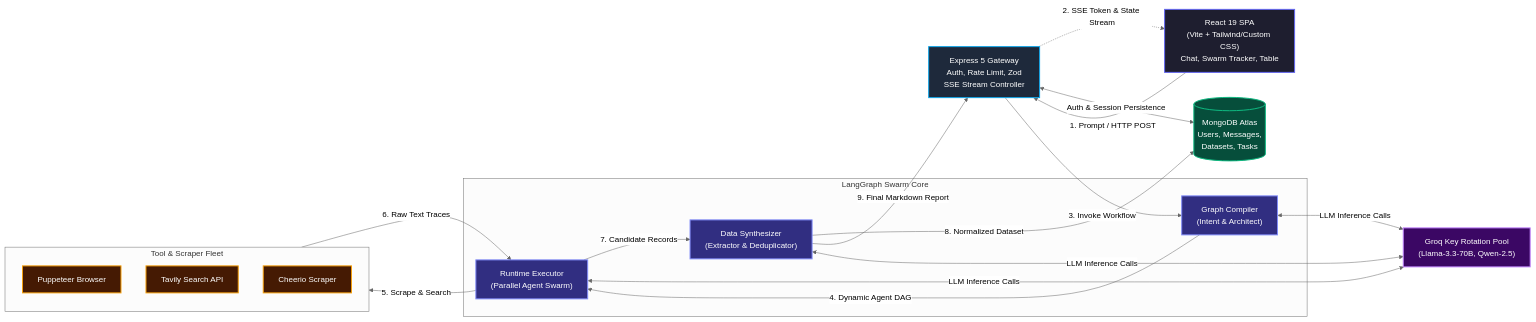
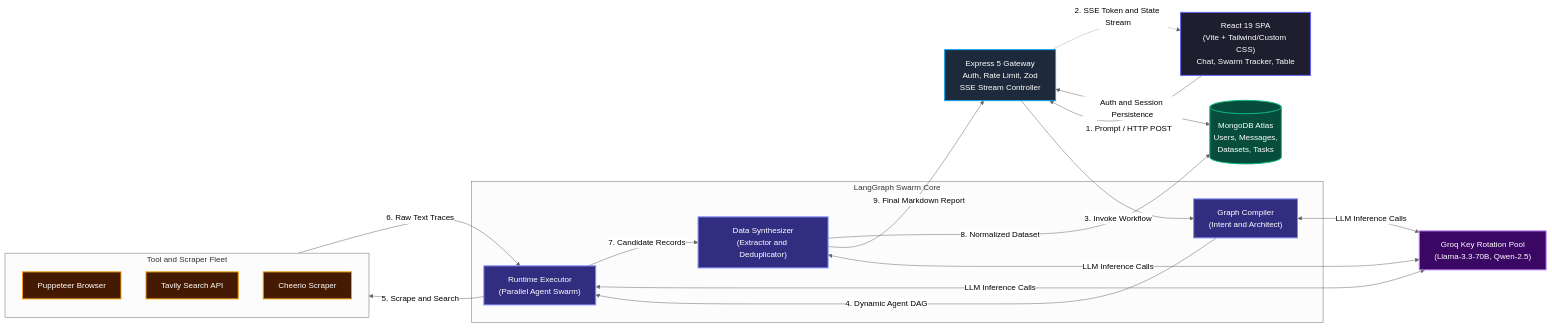
Before and after one commit to code-with-abhi-i5/Agentic_system_frontend: the sixth of 6 diagrams in SYSTEM_ARCHITECTURE.md, drawn with Mermaid (neutral theme). The commit also changed other lines of this file and 2 other files, not shown here.

Commit message:
fix(docs): resolve Mermaid syntax parse errors for GitHub markdown rendering

````diff
--- a/SYSTEM_ARCHITECTURE.md
+++ b/SYSTEM_ARCHITECTURE.md
@@ -815,41 +815,41 @@
 ```mermaid
 graph LR
     %% High-level end to end map
     classDef client fill:#1e1e2f,stroke:#6366f1,stroke-width:2px,color:#fff;
     classDef gateway fill:#1e293b,stroke:#0ea5e9,stroke-width:2px,color:#fff;
     classDef langgraph fill:#312e81,stroke:#818cf8,stroke-width:2px,color:#fff;
     classDef tool fill:#451a03,stroke:#f59e0b,stroke-width:2px,color:#fff;
     classDef groq fill:#3b0764,stroke:#c084fc,stroke-width:2px,color:#fff;
     classDef db fill:#064e3b,stroke:#10b981,stroke-width:2px,color:#fff;
 
-    Client["React 19 SPA\n(Vite + Tailwind/Custom CSS)\nChat, Swarm Tracker, Table"]:::client
-    Gateway["Express 5 Gateway\nAuth, Rate Limit, Zod\nSSE Stream Controller"]:::gateway
+    Client["React 19 SPA<br/>(Vite + Tailwind/Custom CSS)<br/>Chat, Swarm Tracker, Table"]:::client
+    Gateway["Express 5 Gateway<br/>Auth, Rate Limit, Zod<br/>SSE Stream Controller"]:::gateway
     
     subgraph Swarm_Brain ["LangGraph Swarm Core"]
-        Compiler["Graph Compiler\n(Intent & Architect)"]:::langgraph
-        Runtime["Runtime Executor\n(Parallel Agent Swarm)"]:::langgraph
-        Synthesizer["Data Synthesizer\n(Extractor & Deduplicator)"]:::langgraph
+        Compiler["Graph Compiler<br/>(Intent and Architect)"]:::langgraph
+        Runtime["Runtime Executor<br/>(Parallel Agent Swarm)"]:::langgraph
+        Synthesizer["Data Synthesizer<br/>(Extractor and Deduplicator)"]:::langgraph
     end
 
-    subgraph Tools ["Tool & Scraper Fleet"]
+    subgraph Tools ["Tool and Scraper Fleet"]
         Browser["Puppeteer Browser"]:::tool
         Search["Tavily Search API"]:::tool
         Cheerio["Cheerio Scraper"]:::tool
     end
 
-    Inference["Groq Key Rotation Pool\n(Llama-3.3-70B, Qwen-2.5)"]:::groq
-    Database[("MongoDB Atlas\nUsers, Messages,\nDatasets, Tasks")]:::db
+    Inference["Groq Key Rotation Pool<br/>(Llama-3.3-70B, Qwen-2.5)"]:::groq
+    Database[("MongoDB Atlas<br/>Users, Messages,<br/>Datasets, Tasks")]:::db
 
-    Client -->|1. Prompt / HTTP POST| Gateway
-    Gateway -.->|2. SSE Token & State Stream| Client
-    Gateway -->|3. Invoke Workflow| Compiler
-    Compiler -->|4. Dynamic Agent DAG| Runtime
-    Runtime -->|5. Scrape & Search| Tools
-    Tools -->|6. Raw Text Traces| Runtime
-    Runtime -->|7. Candidate Records| Synthesizer
-    Synthesizer -->|8. Normalized Dataset| Database
-    Synthesizer -->|9. Final Markdown Report| Gateway
+    Client -->|"1. Prompt / HTTP POST"| Gateway
+    Gateway -.->|"2. SSE Token and State Stream"| Client
+    Gateway -->|"3. Invoke Workflow"| Compiler
+    Compiler -->|"4. Dynamic Agent DAG"| Runtime
+    Runtime -->|"5. Scrape and Search"| Tools
+    Tools -->|"6. Raw Text Traces"| Runtime
+    Runtime -->|"7. Candidate Records"| Synthesizer
+    Synthesizer -->|"8. Normalized Dataset"| Database
+    Synthesizer -->|"9. Final Markdown Report"| Gateway
 
-    Compiler & Runtime & Synthesizer <-->|LLM Inference Calls| Inference
-    Gateway <-->|Auth & Session Persistence| Database
+    Compiler & Runtime & Synthesizer <-->|"LLM Inference Calls"| Inference
+    Gateway <-->|"Auth and Session Persistence"| Database
 ```
````
